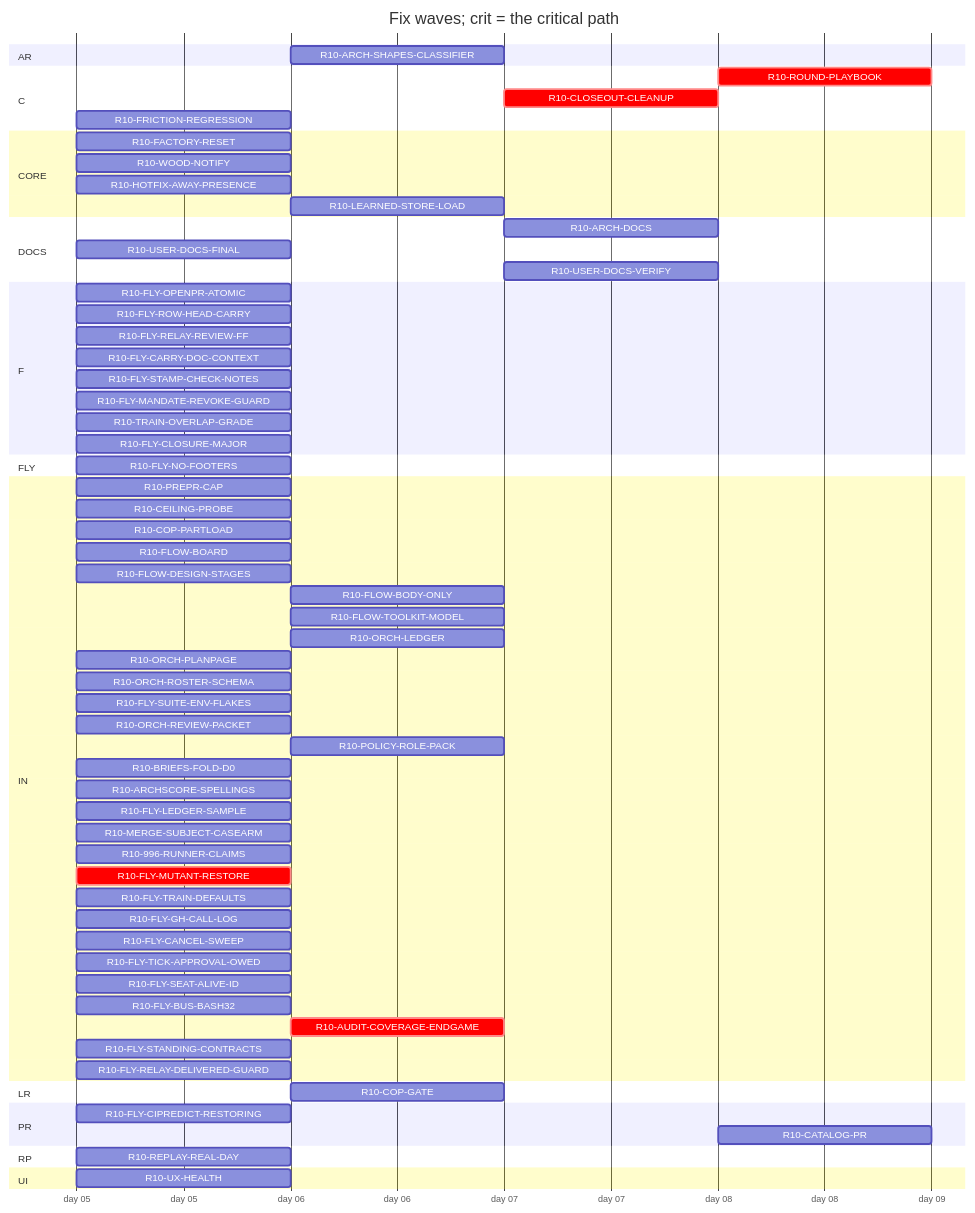
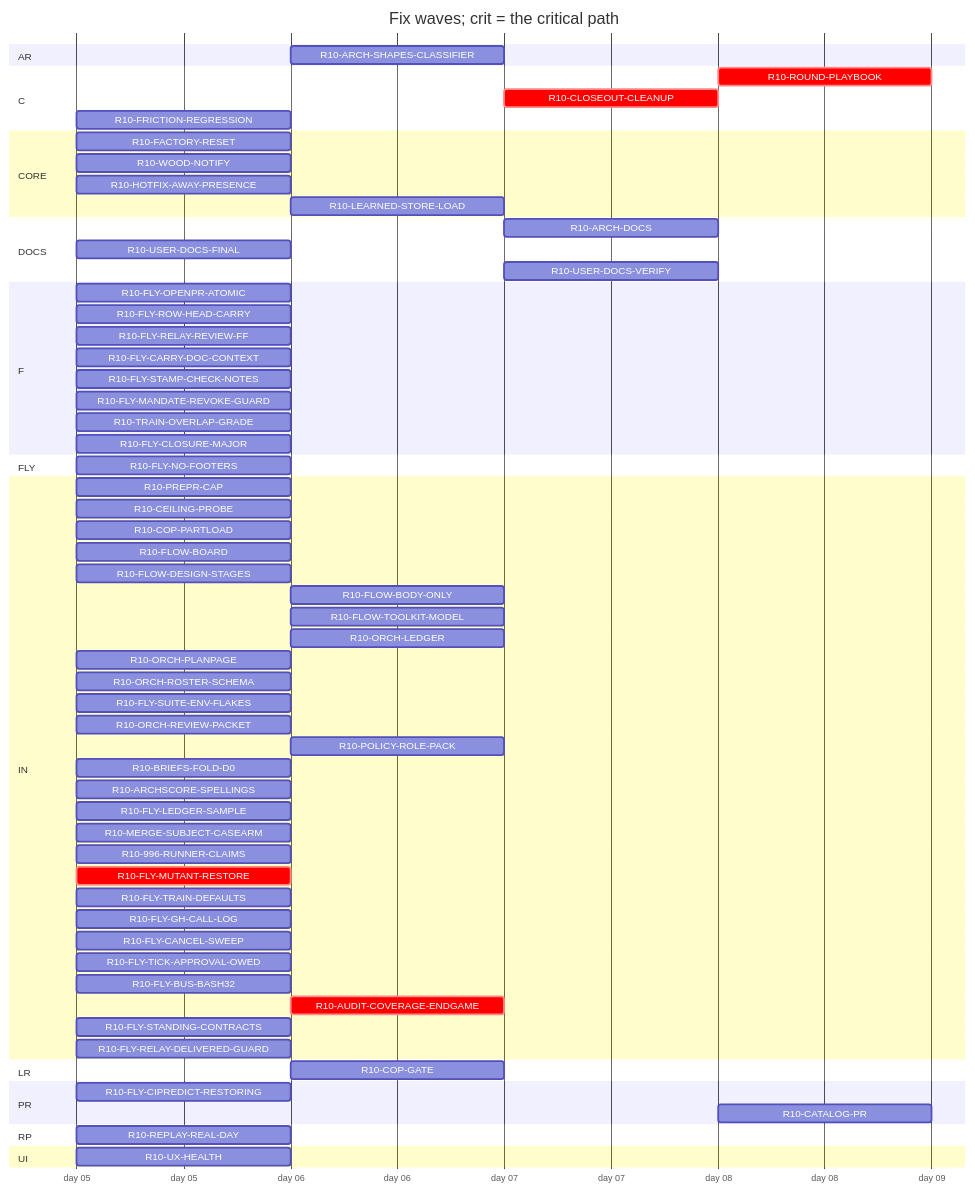
The diagram in handoff/round10/state/PLAN-TABLE.md (tvofi/heatpump_optimizer), drawn with Mermaid before and after one commit. The commit also changed other lines of this file and 3 other files, not shown here.

Commit message:
state: FLOW-BOARD.md, NEXT-SESSION-PROMPT.md, PLAN-TABLE.md, RESUME-CURRENT.md regenerated (state_docs.py)

````diff
--- a/handoff/round10/state/PLAN-TABLE.md
+++ b/handoff/round10/state/PLAN-TABLE.md
@@ -24,70 +24,69 @@
 ```mermaid
 gantt
   title Fix waves; crit = the critical path
   dateFormat YYYY-MM-DD
   axisFormat day %d
   section AR
     R10-ARCH-SHAPES-CLASSIFIER :r10ARCHSHAPESCLASSIFIER, after r10996RUNNERCLAIMS, 1d
   section C
     R10-ROUND-PLAYBOOK :crit, r10ROUNDPLAYBOOK, after r10ORCHLEDGER r10ORCHPLANPAGE r10FLYRELAYREVIEWFF r10FLOWBODYONLY r10AUDITCOVERAGEENDGAME r10FLOWDESIGNSTAGES r10ORCHROSTERSCHEMA r10FLOWTOOLKITMODEL r10TRAINOVERLAPGRADE r10FLYTRAINDEFAULTS r10FLYCANCELSWEEP r10POLICYROLEPACK r10ORCHREVIEWPACKET r10FLOWBOARD r10CLOSEOUTCLEANUP, 1d
     R10-CLOSEOUT-CLEANUP :crit, r10CLOSEOUTCLEANUP, after r10AUDITCOVERAGEENDGAME, 1d
     R10-FRICTION-REGRESSION :r10FRICTIONREGRESSION, 2026-01-05, 1d
   section CORE
     R10-FACTORY-RESET :r10FACTORYRESET, 2026-01-05, 1d
     R10-WOOD-NOTIFY :r10WOODNOTIFY, 2026-01-05, 1d
     R10-HOTFIX-AWAY-PRESENCE :r10HOTFIXAWAYPRESENCE, 2026-01-05, 1d
     R10-LEARNED-STORE-LOAD :r10LEARNEDSTORELOAD, after r10FACTORYRESET, 1d
   section DOCS
     R10-ARCH-DOCS :r10ARCHDOCS, after r10COPGATE r10UXHEALTH r10CEILINGPROBE r10COPPARTLOAD r10FLOWBOARD r10FLOWDESIGNSTAGES r10FLOWBODYONLY r10FLYOPENPRATOMIC r10FLYROWHEADCARRY r10FLYRELAYREVIEWFF r10FLYCARRYDOCCONTEXT r10FLOWTOOLKITMODEL r10FLYSTAMPCHECKNOTES r10FLYMANDATEREVOKEGUARD r10TRAINOVERLAPGRADE r10FLYSUITEENVFLAKES r10ORCHLEDGER r10ORCHPLANPAGE r10ORCHROSTERSCHEMA r10ORCHREVIEWPACKET r10POLICYROLEPACK r10BRIEFSFOLDD0 r10REPLAYREALDAY r10ARCHSCORESPELLINGS r10FLYLEDGERSAMPLE, 1d
     R10-USER-DOCS-FINAL :r10USERDOCSFINAL, 2026-01-05, 1d
     R10-USER-DOCS-VERIFY :r10USERDOCSVERIFY, after r10COPGATE r10UXHEALTH r10CEILINGPROBE r10COPPARTLOAD r10FACTORYRESET r10WOODNOTIFY r10USERDOCSFINAL r10ARCHSHAPESCLASSIFIER r10HOTFIXAWAYPRESENCE, 1d
   section F
     R10-FLY-OPENPR-ATOMIC :r10FLYOPENPRATOMIC, 2026-01-05, 1d
     R10-FLY-ROW-HEAD-CARRY :r10FLYROWHEADCARRY, 2026-01-05, 1d
     R10-FLY-RELAY-REVIEW-FF :r10FLYRELAYREVIEWFF, 2026-01-05, 1d
     R10-FLY-CARRY-DOC-CONTEXT :r10FLYCARRYDOCCONTEXT, 2026-01-05, 1d
     R10-FLY-STAMP-CHECK-NOTES :r10FLYSTAMPCHECKNOTES, 2026-01-05, 1d
     R10-FLY-MANDATE-REVOKE-GUARD :r10FLYMANDATEREVOKEGUARD, 2026-01-05, 1d
     R10-TRAIN-OVERLAP-GRADE :r10TRAINOVERLAPGRADE, 2026-01-05, 1d
     R10-FLY-CLOSURE-MAJOR :r10FLYCLOSUREMAJOR, 2026-01-05, 1d
   section FLY
     R10-FLY-NO-FOOTERS :r10FLYNOFOOTERS, 2026-01-05, 1d
   section IN
     R10-PREPR-CAP :r10PREPRCAP, 2026-01-05, 1d
     R10-CEILING-PROBE :r10CEILINGPROBE, 2026-01-05, 1d
     R10-COP-PARTLOAD :r10COPPARTLOAD, 2026-01-05, 1d
     R10-FLOW-BOARD :r10FLOWBOARD, 2026-01-05, 1d
     R10-FLOW-DESIGN-STAGES :r10FLOWDESIGNSTAGES, 2026-01-05, 1d
     R10-FLOW-BODY-ONLY :r10FLOWBODYONLY, after r10FLYOPENPRATOMIC, 1d
     R10-FLOW-TOOLKIT-MODEL :r10FLOWTOOLKITMODEL, after r10ORCHPLANPAGE r10FLYCANCELSWEEP, 1d
     R10-ORCH-LEDGER :r10ORCHLEDGER, after r10FLYCANCELSWEEP, 1d
     R10-ORCH-PLANPAGE :r10ORCHPLANPAGE, 2026-01-05, 1d
     R10-ORCH-ROSTER-SCHEMA :r10ORCHROSTERSCHEMA, 2026-01-05, 1d
     R10-FLY-SUITE-ENV-FLAKES :r10FLYSUITEENVFLAKES, 2026-01-05, 1d
     R10-ORCH-REVIEW-PACKET :r10ORCHREVIEWPACKET, 2026-01-05, 1d
     R10-POLICY-ROLE-PACK :r10POLICYROLEPACK, after r10FLOWDESIGNSTAGES, 1d
     R10-BRIEFS-FOLD-D0 :r10BRIEFSFOLDD0, 2026-01-05, 1d
     R10-ARCHSCORE-SPELLINGS :r10ARCHSCORESPELLINGS, 2026-01-05, 1d
     R10-FLY-LEDGER-SAMPLE :r10FLYLEDGERSAMPLE, 2026-01-05, 1d
     R10-MERGE-SUBJECT-CASEARM :r10MERGESUBJECTCASEARM, 2026-01-05, 1d
     R10-996-RUNNER-CLAIMS :r10996RUNNERCLAIMS, 2026-01-05, 1d
     R10-FLY-MUTANT-RESTORE :crit, r10FLYMUTANTRESTORE, 2026-01-05, 1d
     R10-FLY-TRAIN-DEFAULTS :r10FLYTRAINDEFAULTS, 2026-01-05, 1d
     R10-FLY-GH-CALL-LOG :r10FLYGHCALLLOG, 2026-01-05, 1d
     R10-FLY-CANCEL-SWEEP :r10FLYCANCELSWEEP, 2026-01-05, 1d
     R10-FLY-TICK-APPROVAL-OWED :r10FLYTICKAPPROVALOWED, 2026-01-05, 1d
-    R10-FLY-SEAT-ALIVE-ID :r10FLYSEATALIVEID, 2026-01-05, 1d
     R10-FLY-BUS-BASH32 :r10FLYBUSBASH32, 2026-01-05, 1d
     R10-AUDIT-COVERAGE-ENDGAME :crit, r10AUDITCOVERAGEENDGAME, after r10FLYMUTANTRESTORE r10996RUNNERCLAIMS, 1d
     R10-FLY-STANDING-CONTRACTS :r10FLYSTANDINGCONTRACTS, 2026-01-05, 1d
     R10-FLY-RELAY-DELIVERED-GUARD :r10FLYRELAYDELIVEREDGUARD, 2026-01-05, 1d
   section LR
     R10-COP-GATE :r10COPGATE, after r10CEILINGPROBE, 1d
   section PR
     R10-FLY-CIPREDICT-RESTORING :r10FLYCIPREDICTRESTORING, 2026-01-05, 1d
     R10-CATALOG-PR :r10CATALOGPR, after r10USERDOCSVERIFY r10AUDITCOVERAGEENDGAME, 1d
   section RP
     R10-REPLAY-REAL-DAY :r10REPLAYREALDAY, 2026-01-05, 1d
   section UI
     R10-UX-HEALTH :r10UXHEALTH, 2026-01-05, 1d
 ```
````
